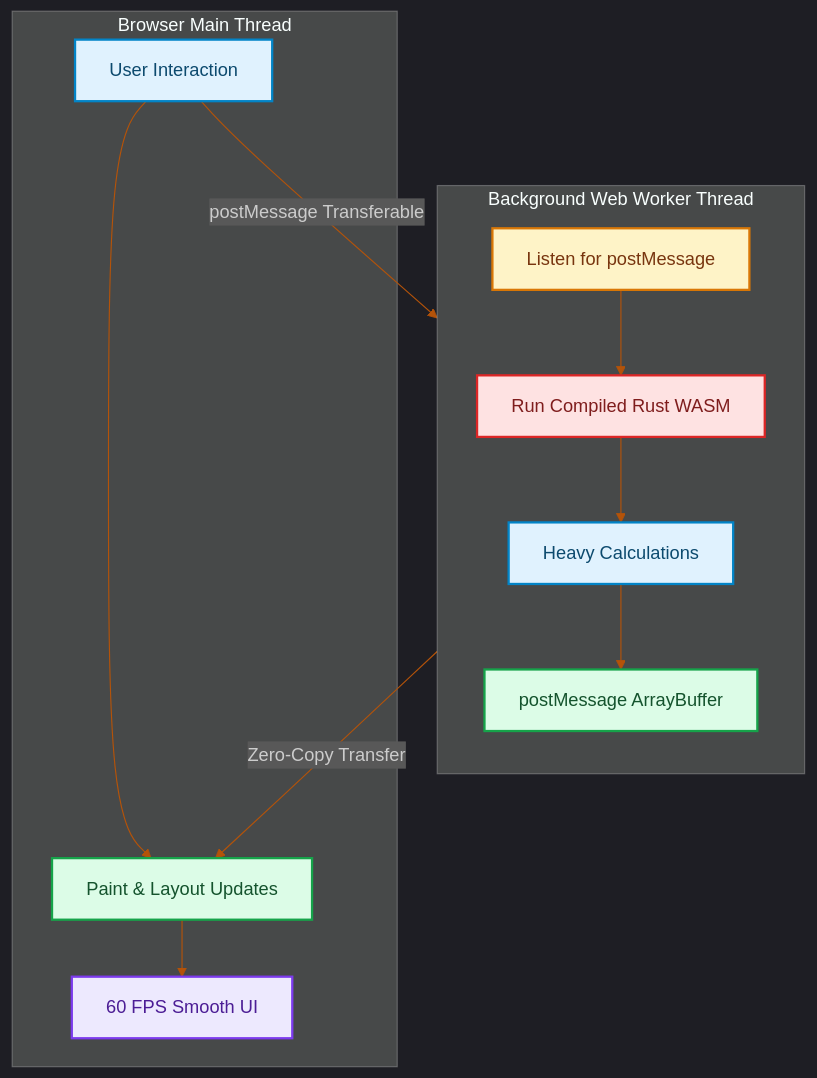
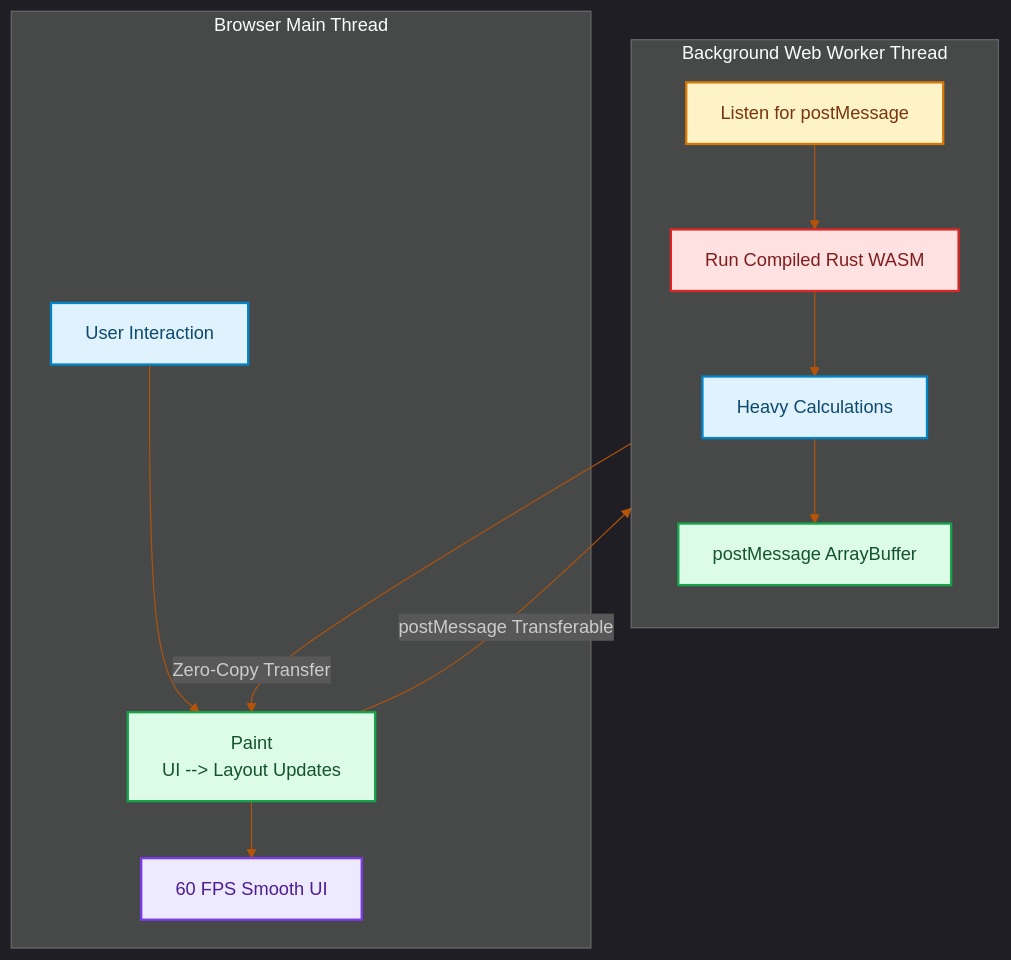
The diagram in blog/posts/client-side-webassembly-rust-web-workers.md (akmalkhaniub/akmalkhaniub.github.io), drawn with Mermaid before and after one commit. The commit also changed other lines of this file and 894 other files, not shown here.

Commit message:
feat(blog): upgrade all 444 posts with unique staggered dates, 2-col Mermaid spines, benchmark tables, code blocks, and trade-offs

````diff
--- a/blog/posts/client-side-webassembly-rust-web-workers.md
+++ b/blog/posts/client-side-webassembly-rust-web-workers.md
@@ -17,29 +17,30 @@
 ```mermaid
 %%{init: {'theme': 'dark', 'themeVariables': { 'primaryColor': '#b45309', 'primaryTextColor': '#f3f4f6', 'primaryBorderColor': '#f59e0b', 'lineColor': '#b45309', 'secondaryColor': '#111827', 'tertiaryColor': '#0b0f19'}}}%%
 flowchart TD
     subgraph SG1_BrowserMainThread ["Browser Main Thread"]
-        UI["User Interaction"] --> Paint["Paint & Layout Updates"]
+        UI["User Interaction"] --> Paint["Paint
+        UI --> Layout Updates"]
         Paint --> SmoothUI["60 FPS Smooth UI"]
     end
 
     subgraph SG2_BackgroundWebWorker ["Background Web Worker Thread"]
         direction TB
         Listen["Listen for postMessage"] --> RunWasm["Run Compiled Rust WASM"]
         RunWasm --> HeavyCompute["Heavy Calculations"]
         HeavyCompute --> Return["postMessage ArrayBuffer"]
     end
 
-    UI -->|postMessage Transferable| Listen
+    Paint --> |postMessage Transferable| Listen
     Return -->|Zero-Copy Transfer| Paint
 
 classDef green fill:#dcfce7,stroke:#16a34a,stroke-width:2px,color:#14532d;
 classDef red fill:#fee2e2,stroke:#dc2626,stroke-width:2px,color:#7f1d1d;
 classDef blue fill:#e0f2fe,stroke:#0284c7,stroke-width:2px,color:#0c4a6e;
 classDef yellow fill:#fef3c7,stroke:#d97706,stroke-width:2px,color:#78350f;
 classDef purple fill:#ede9fe,stroke:#7c3aed,stroke-width:2px,color:#4c1d95;
 class UI,HeavyCompute blue
 class Paint,Return green
 class SmoothUI purple
 class Listen yellow
 class RunWasm red
 ```
````
